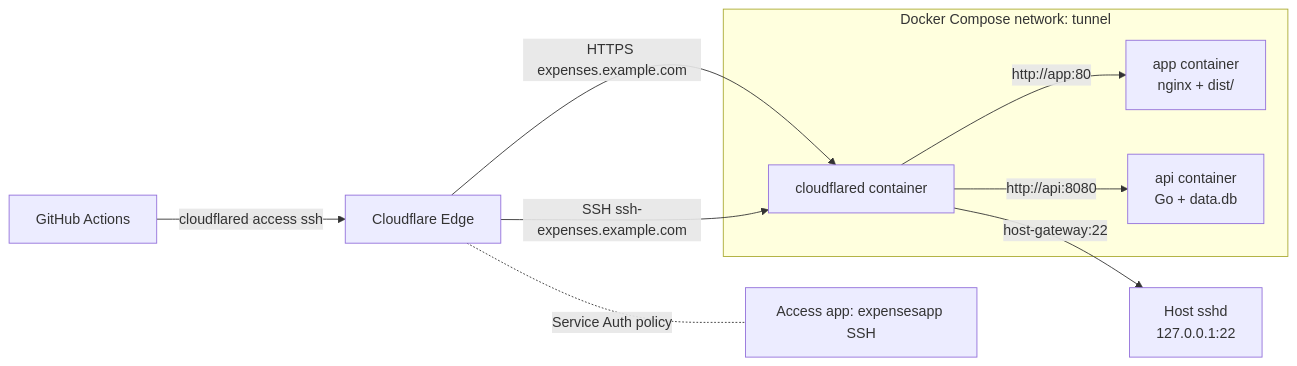
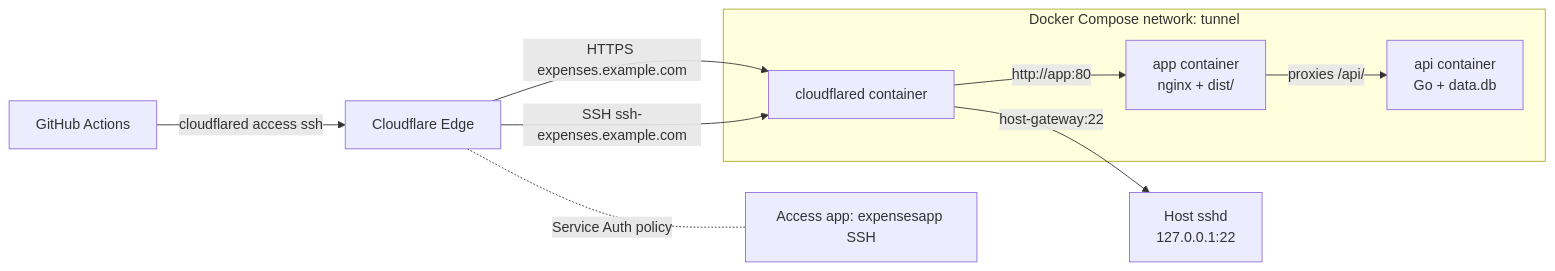
Before and after one commit to nikonok/expensesapp: the eighth of 8 diagrams in ARCHITECTURE.md, drawn with Mermaid. The commit also changed other lines of this file and 14 other files, not shown here.

````diff
--- a/ARCHITECTURE.md
+++ b/ARCHITECTURE.md
@@ -1032,18 +1040,18 @@
 ```mermaid
 flowchart LR
   CFE[Cloudflare Edge]
   subgraph DC[Docker Compose network: tunnel]
     CFD[cloudflared container]
     APP[app container<br/>nginx + dist/]
     API[api container<br/>Go + data.db]
   end
   Host[Host sshd<br/>127.0.0.1:22]
   CFE -- HTTPS expenses.example.com --> CFD
   CFE -- SSH ssh-expenses.example.com --> CFD
   CFD -- http://app:80 --> APP
-  CFD -- http://api:8080 --> API
+  APP -- proxies /api/ --> API
   CFD -- host-gateway:22 --> Host
 
   GH[GitHub Actions] -- cloudflared access ssh --> CFE
   CFE -. Service Auth policy .- AccessApp[Access app: expensesapp SSH]
 ```
````
